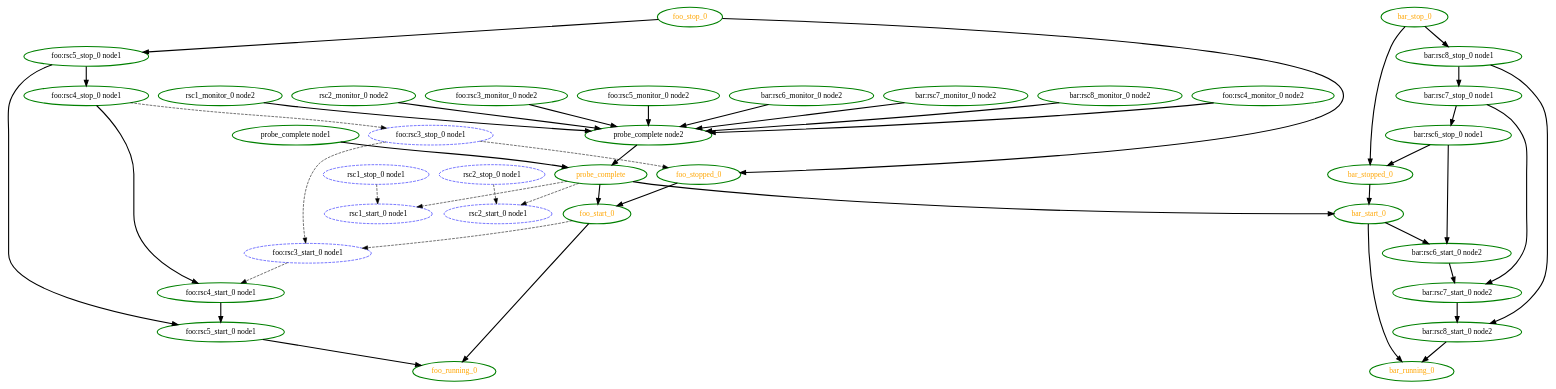
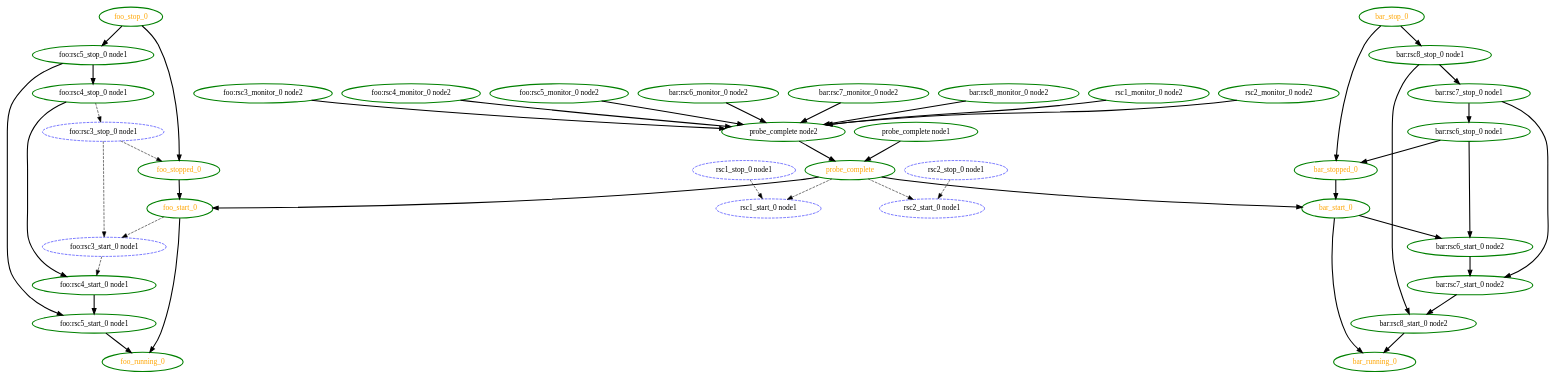
Before and after one commit to richiewen8/heartbeat: the diagram in crm/pengine/testcases/group9.dot, drawn with Graphviz. The commit also changed other lines of this file and 24 other files, not shown here.

```diff
--- a/crm/pengine/testcases/group9.dot
+++ b/crm/pengine/testcases/group9.dot
@@ -1,82 +1,82 @@
 digraph "g" {
 	size = "30,30"
-"foo:rsc4_monitor_0 node2" [ style=bold color="green" fontcolor="black" ]
 "foo:rsc4_stop_0 node1" [ style=bold color="green" fontcolor="black" ]
-"bar:rsc7_start_0 node2" [ style=bold color="green" fontcolor="black" ]
 "bar:rsc7_stop_0 node1" [ style=bold color="green" fontcolor="black" ]
 "probe_complete" [ style=bold color="green" fontcolor="orange" ]
 "probe_complete node1" [ style=bold color="green" fontcolor="black" ]
 "probe_complete node2" [ style=bold color="green" fontcolor="black" ]
 "rsc1_monitor_0 node2" [ style=bold color="green" fontcolor="black" ]
 "rsc2_monitor_0 node2" [ style=bold color="green" fontcolor="black" ]
 "foo:rsc3_monitor_0 node2" [ style=bold color="green" fontcolor="black" ]
+"foo:rsc4_monitor_0 node2" [ style=bold color="green" fontcolor="black" ]
 "foo:rsc5_monitor_0 node2" [ style=bold color="green" fontcolor="black" ]
 "bar:rsc6_monitor_0 node2" [ style=bold color="green" fontcolor="black" ]
 "bar:rsc7_monitor_0 node2" [ style=bold color="green" fontcolor="black" ]
 "bar:rsc8_monitor_0 node2" [ style=bold color="green" fontcolor="black" ]
 "rsc1_stop_0 node1" [ style="dashed" color="blue" fontcolor="black" ]
 "rsc1_start_0 node1" [ style="dashed" color="blue" fontcolor="black" ]
 "rsc2_stop_0 node1" [ style="dashed" color="blue" fontcolor="black" ]
 "rsc2_start_0 node1" [ style="dashed" color="blue" fontcolor="black" ]
 "foo:rsc3_stop_0 node1" [ style="dashed" color="blue" fontcolor="black" ]
 "foo:rsc3_start_0 node1" [ style="dashed" color="blue" fontcolor="black" ]
 "foo:rsc4_start_0 node1" [ style=bold color="green" fontcolor="black" ]
 "foo:rsc5_stop_0 node1" [ style=bold color="green" fontcolor="black" ]
 "foo:rsc5_start_0 node1" [ style=bold color="green" fontcolor="black" ]
 "foo_start_0" [ style=bold color="green" fontcolor="orange" ]
 "foo_running_0" [ style=bold color="green" fontcolor="orange" ]
 "foo_stop_0" [ style=bold color="green" fontcolor="orange" ]
 "foo_stopped_0" [ style=bold color="green" fontcolor="orange" ]
 "bar:rsc6_stop_0 node1" [ style=bold color="green" fontcolor="black" ]
 "bar:rsc6_start_0 node2" [ style=bold color="green" fontcolor="black" ]
+"bar:rsc7_start_0 node2" [ style=bold color="green" fontcolor="black" ]
 "bar:rsc8_stop_0 node1" [ style=bold color="green" fontcolor="black" ]
 "bar:rsc8_start_0 node2" [ style=bold color="green" fontcolor="black" ]
 "bar_start_0" [ style=bold color="green" fontcolor="orange" ]
 "bar_running_0" [ style=bold color="green" fontcolor="orange" ]
 "bar_stop_0" [ style=bold color="green" fontcolor="orange" ]
 "bar_stopped_0" [ style=bold color="green" fontcolor="orange" ]
 "foo:rsc5_stop_0 node1" -> "foo:rsc4_stop_0 node1" [ style = bold]
-"bar:rsc7_stop_0 node1" -> "bar:rsc7_start_0 node2" [ style = bold]
-"bar:rsc6_start_0 node2" -> "bar:rsc7_start_0 node2" [ style = bold]
 "bar:rsc8_stop_0 node1" -> "bar:rsc7_stop_0 node1" [ style = bold]
 "probe_complete node1" -> "probe_complete" [ style = bold]
 "probe_complete node2" -> "probe_complete" [ style = bold]
-"foo:rsc4_monitor_0 node2" -> "probe_complete node2" [ style = bold]
 "rsc1_monitor_0 node2" -> "probe_complete node2" [ style = bold]
 "rsc2_monitor_0 node2" -> "probe_complete node2" [ style = bold]
 "foo:rsc3_monitor_0 node2" -> "probe_complete node2" [ style = bold]
+"foo:rsc4_monitor_0 node2" -> "probe_complete node2" [ style = bold]
 "foo:rsc5_monitor_0 node2" -> "probe_complete node2" [ style = bold]
 "bar:rsc6_monitor_0 node2" -> "probe_complete node2" [ style = bold]
 "bar:rsc7_monitor_0 node2" -> "probe_complete node2" [ style = bold]
 "bar:rsc8_monitor_0 node2" -> "probe_complete node2" [ style = bold]
 "probe_complete" -> "rsc1_start_0 node1" [ style = dashed]
 "rsc1_stop_0 node1" -> "rsc1_start_0 node1" [ style = dashed]
 "probe_complete" -> "rsc2_start_0 node1" [ style = dashed]
 "rsc2_stop_0 node1" -> "rsc2_start_0 node1" [ style = dashed]
 "foo:rsc4_stop_0 node1" -> "foo:rsc3_stop_0 node1" [ style = dashed]
 "foo:rsc3_stop_0 node1" -> "foo:rsc3_start_0 node1" [ style = dashed]
 "foo_start_0" -> "foo:rsc3_start_0 node1" [ style = dashed]
 "foo:rsc4_stop_0 node1" -> "foo:rsc4_start_0 node1" [ style = bold]
 "foo:rsc3_start_0 node1" -> "foo:rsc4_start_0 node1" [ style = dashed]
 "foo_stop_0" -> "foo:rsc5_stop_0 node1" [ style = bold]
 "foo:rsc4_start_0 node1" -> "foo:rsc5_start_0 node1" [ style = bold]
 "foo:rsc5_stop_0 node1" -> "foo:rsc5_start_0 node1" [ style = bold]
 "probe_complete" -> "foo_start_0" [ style = bold]
 "foo_stopped_0" -> "foo_start_0" [ style = bold]
 "foo:rsc5_start_0 node1" -> "foo_running_0" [ style = bold]
 "foo_start_0" -> "foo_running_0" [ style = bold]
 "foo:rsc3_stop_0 node1" -> "foo_stopped_0" [ style = dashed]
 "foo_stop_0" -> "foo_stopped_0" [ style = bold]
 "bar:rsc7_stop_0 node1" -> "bar:rsc6_stop_0 node1" [ style = bold]
 "bar:rsc6_stop_0 node1" -> "bar:rsc6_start_0 node2" [ style = bold]
 "bar_start_0" -> "bar:rsc6_start_0 node2" [ style = bold]
+"bar:rsc7_stop_0 node1" -> "bar:rsc7_start_0 node2" [ style = bold]
+"bar:rsc6_start_0 node2" -> "bar:rsc7_start_0 node2" [ style = bold]
 "bar_stop_0" -> "bar:rsc8_stop_0 node1" [ style = bold]
 "bar:rsc7_start_0 node2" -> "bar:rsc8_start_0 node2" [ style = bold]
 "bar:rsc8_stop_0 node1" -> "bar:rsc8_start_0 node2" [ style = bold]
 "probe_complete" -> "bar_start_0" [ style = bold]
 "bar_stopped_0" -> "bar_start_0" [ style = bold]
 "bar:rsc8_start_0 node2" -> "bar_running_0" [ style = bold]
 "bar_start_0" -> "bar_running_0" [ style = bold]
 "bar:rsc6_stop_0 node1" -> "bar_stopped_0" [ style = bold]
 "bar_stop_0" -> "bar_stopped_0" [ style = bold]
 }
```
